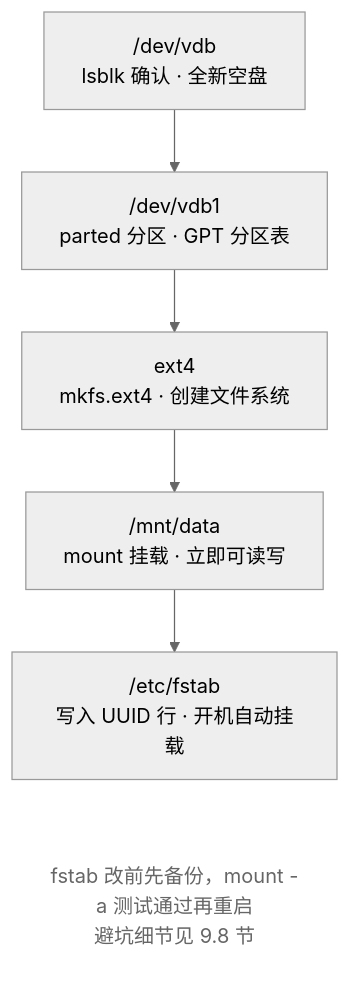
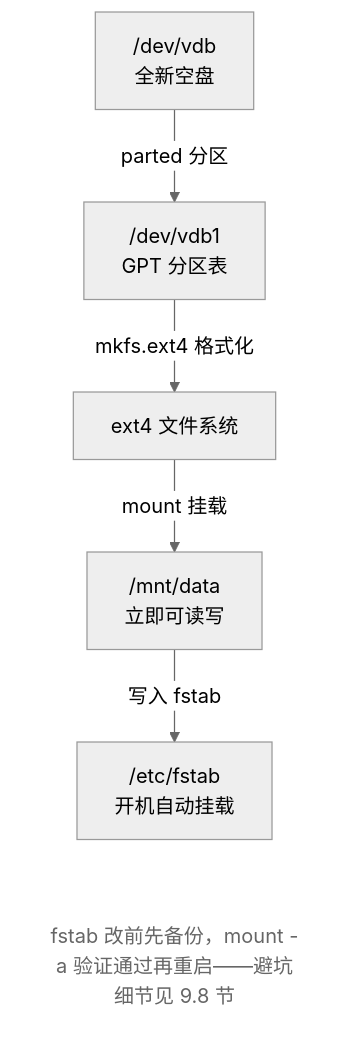
Before and after one commit to wangxiangnan/wangxiangnan.github.io: the third of 3 diagrams in src/linux-command/ch09.md, drawn with Mermaid (neutral theme). The commit also changed other lines of this file and 25 other files, not shown here.

````diff
--- a/src/linux-command/ch09.md
+++ b/src/linux-command/ch09.md
@@ -274,13 +272,13 @@
 ```mermaid
 flowchart TB
-    A["/dev/vdb<br>lsblk 确认 · 全新空盘"] --> B["/dev/vdb1<br>parted 分区 · GPT 分区表"]
-    B --> C["ext4<br>mkfs.ext4 · 创建文件系统"]
-    C --> D["/mnt/data<br>mount 挂载 · 立即可读写"]
-    D --> E["/etc/fstab<br>写入 UUID 行 · 开机自动挂载"]
-    N["fstab 改前先备份，mount -a 测试通过再重启<br>避坑细节见 9.8 节"]
+    A["/dev/vdb<br>全新空盘"] -->|parted 分区| B["/dev/vdb1<br>GPT 分区表"]
+    B -->|mkfs.ext4 格式化| C["ext4 文件系统"]
+    C -->|mount 挂载| D["/mnt/data<br>立即可读写"]
+    D -->|写入 fstab| E["/etc/fstab<br>开机自动挂载"]
+    N["fstab 改前先备份，mount -a 验证通过再重启——避坑细节见 9.8 节"]
 
     E ~~~ N
 
     classDef note fill:none,stroke:none,color:#666
     class N note
 ```
````
